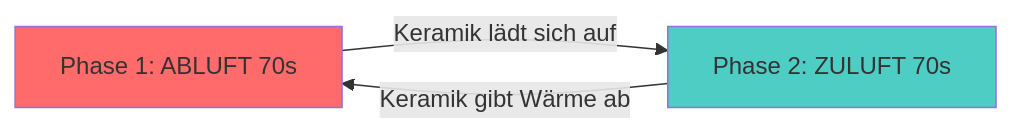
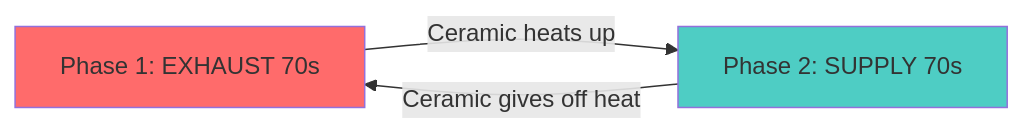
Before and after one commit to thomasengeroff-dotcom/VentoSync: the second of 2 diagrams in Readme.md, drawn with Mermaid. The commit also changed other lines of this file and 53 other files, not shown here.

````diff
--- a/Readme.md
+++ b/Readme.md
@@ -566,8 +568,8 @@
 ```mermaid
 graph LR
-    A[Phase 1: ABLUFT 70s] -->|Keramik lädt sich auf| B[Phase 2: ZULUFT 70s]
-    B -->|Keramik gibt Wärme ab| A
+    A[Phase 1: EXHAUST 70s] -->|Ceramic heats up| B[Phase 2: SUPPLY 70s]
+    B -->|Ceramic gives off heat| A
     
     style A fill:#ff6b6b
     style B fill:#4ecdc4
 ```
````
